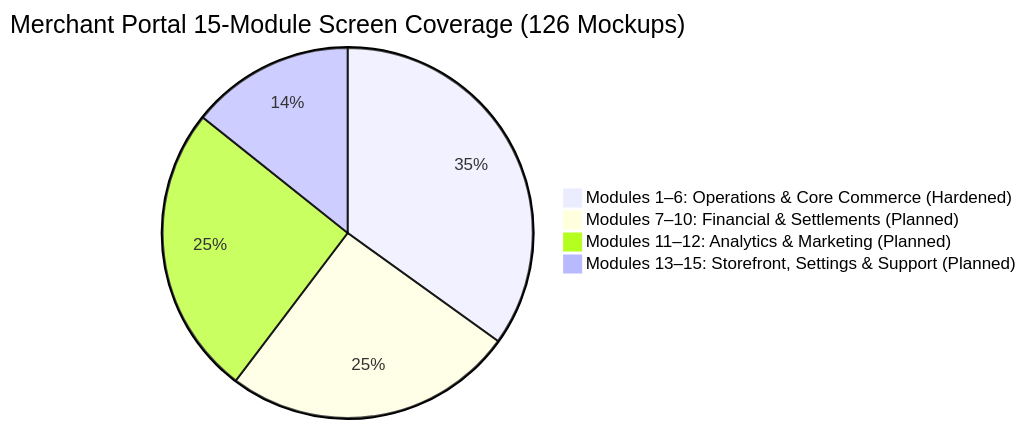
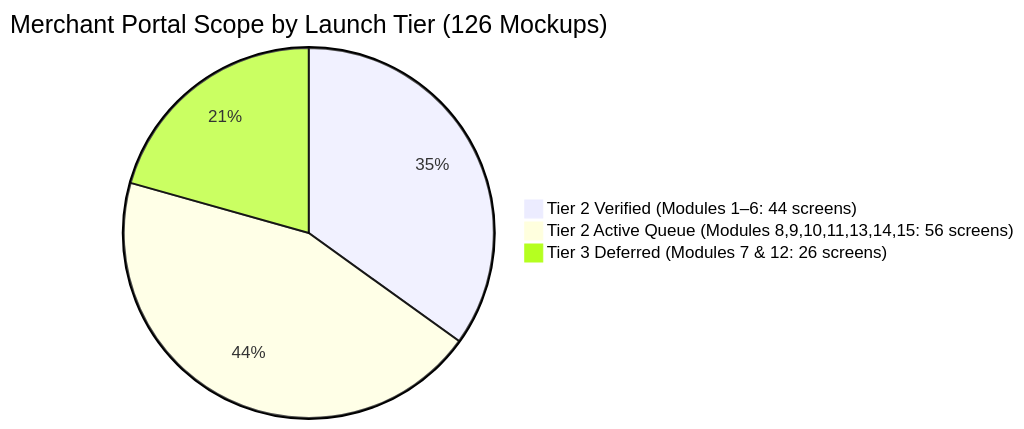
Before and after one commit to UtkarshShrivastava1/qucom-platform-root: the first of 3 diagrams in merchant_web_hardening_tracker.md, drawn with Mermaid. The commit also changed other lines of this file, not shown here.

Commit message:
docs(merchant): categorize modules by Tier 2 launch scope vs Tier 3 deferred expansion

````diff
--- a/merchant_web_hardening_tracker.md
+++ b/merchant_web_hardening_tracker.md
@@ -22,7 +24,6 @@
 ```mermaid
-pie title Merchant Portal 15-Module Screen Coverage (126 Mockups)
-    "Modules 1–6: Operations & Core Commerce (Hardened)" : 44
-    "Modules 7–10: Financial & Settlements (Planned)" : 32
-    "Modules 11–12: Analytics & Marketing (Planned)" : 32
-    "Modules 13–15: Storefront, Settings & Support (Planned)" : 18
+pie title Merchant Portal Scope by Launch Tier (126 Mockups)
+    "Tier 2 Verified (Modules 1–6: 44 screens)" : 44
+    "Tier 2 Active Queue (Modules 8,9,10,11,13,14,15: 56 screens)" : 56
+    "Tier 3 Deferred (Modules 7 & 12: 26 screens)" : 26
 ```
````
